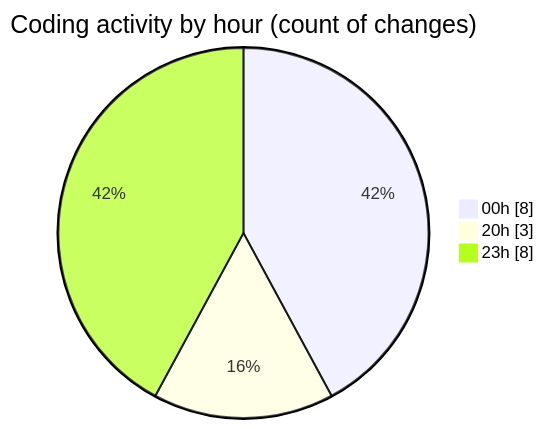
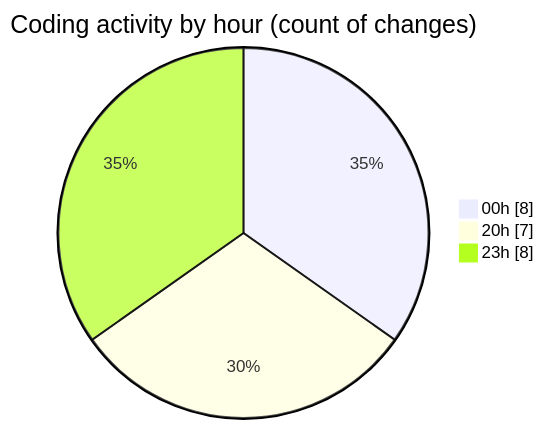
The second of 2 diagrams in 2025-10-16/skintrack/README.md (Netris89/code-tracking), drawn with Mermaid before and after one commit. The commit also changed other lines of this file and 1 other file, not shown here.

````diff
--- a/2025-10-16/skintrack/README.md
+++ b/2025-10-16/skintrack/README.md
@@ -33,7 +33,7 @@
 ```mermaid
 pie showData
 title Coding activity by hour (count of changes)
 "00h" : 8
-"20h" : 3
+"20h" : 7
 "23h" : 8
 ```
````
